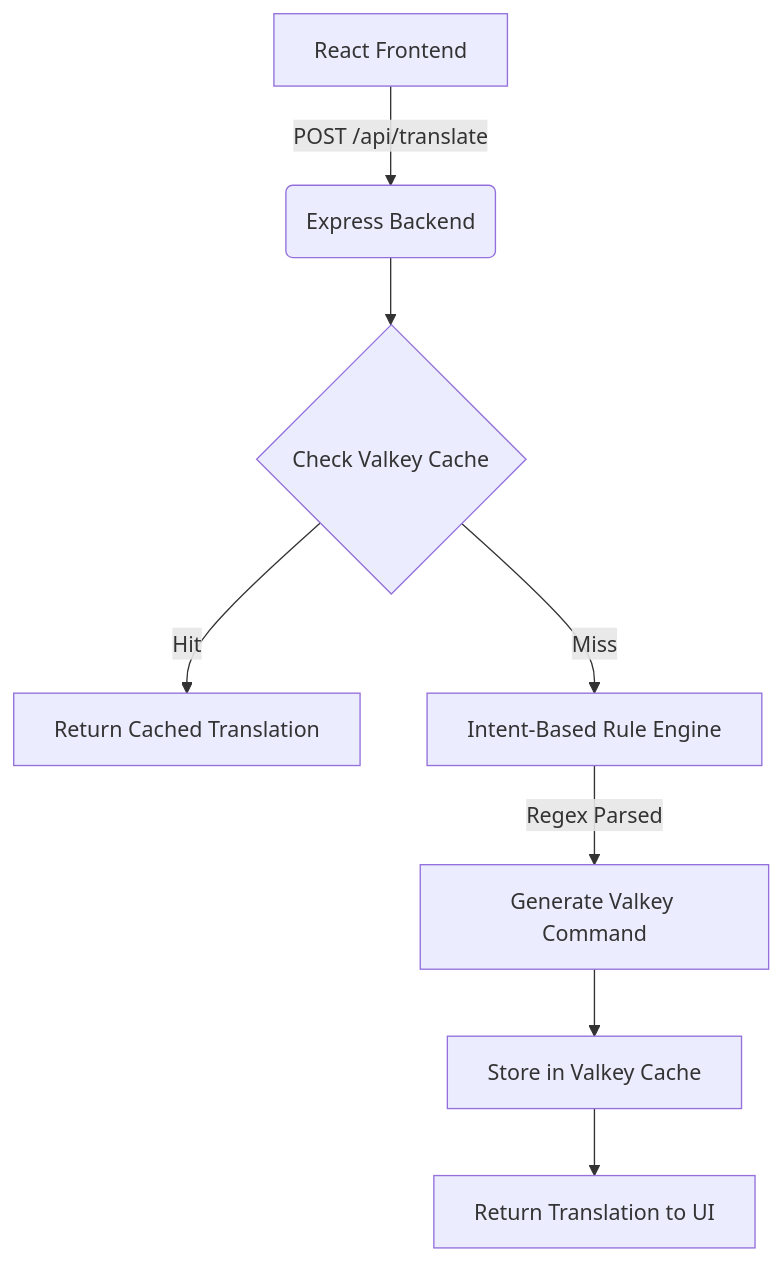
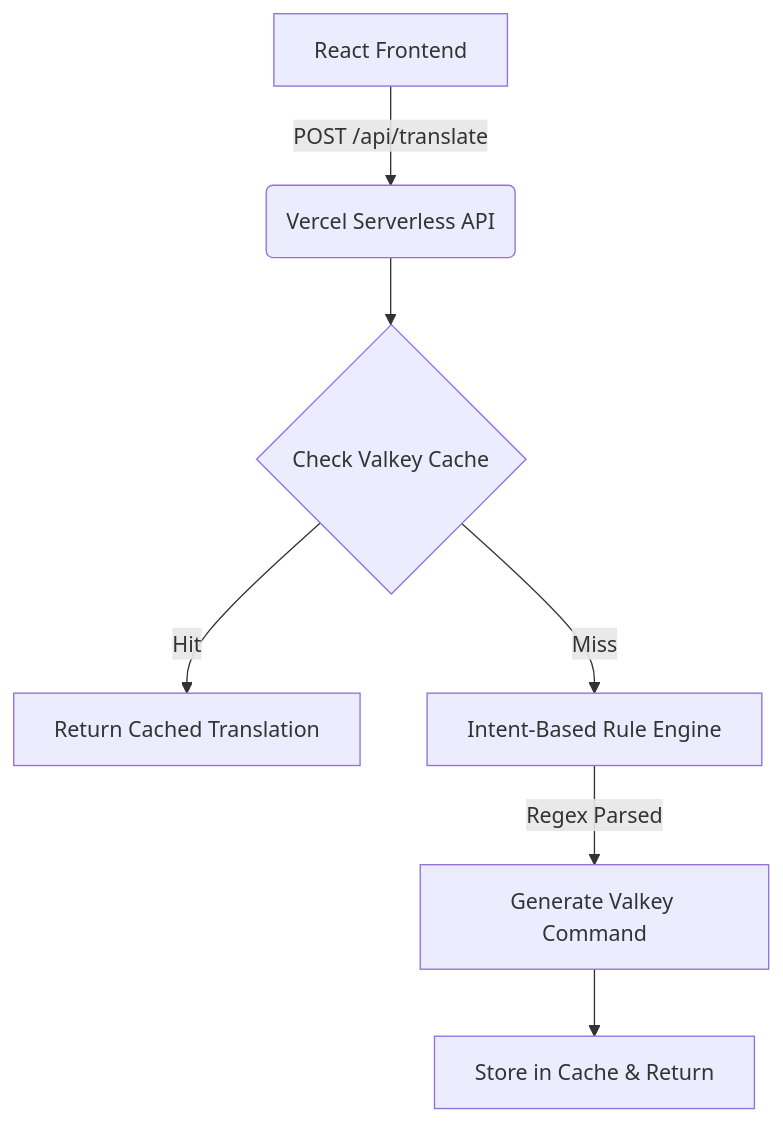
Before and after one commit to mohammadali-2000/sql2valkey: the diagram in README.md, drawn with Mermaid. The commit also changed other lines of this file, not shown here.

````diff
--- a/README.md
+++ b/README.md
@@ -13,10 +13,9 @@
 ```mermaid
 graph TD;
-    A[React Frontend] -->|POST /api/translate| B(Express Backend);
+    A[React Frontend] -->|POST /api/translate| B(Vercel Serverless API);
     B --> C{Check Valkey Cache};
     C -- Hit --> D[Return Cached Translation];
     C -- Miss --> E[Intent-Based Rule Engine];
     E -->|Regex Parsed| F[Generate Valkey Command];
-    F --> G[Store in Valkey Cache];
-    G --> H[Return Translation to UI];
+    F --> G[Store in Cache & Return];
 ```
````
